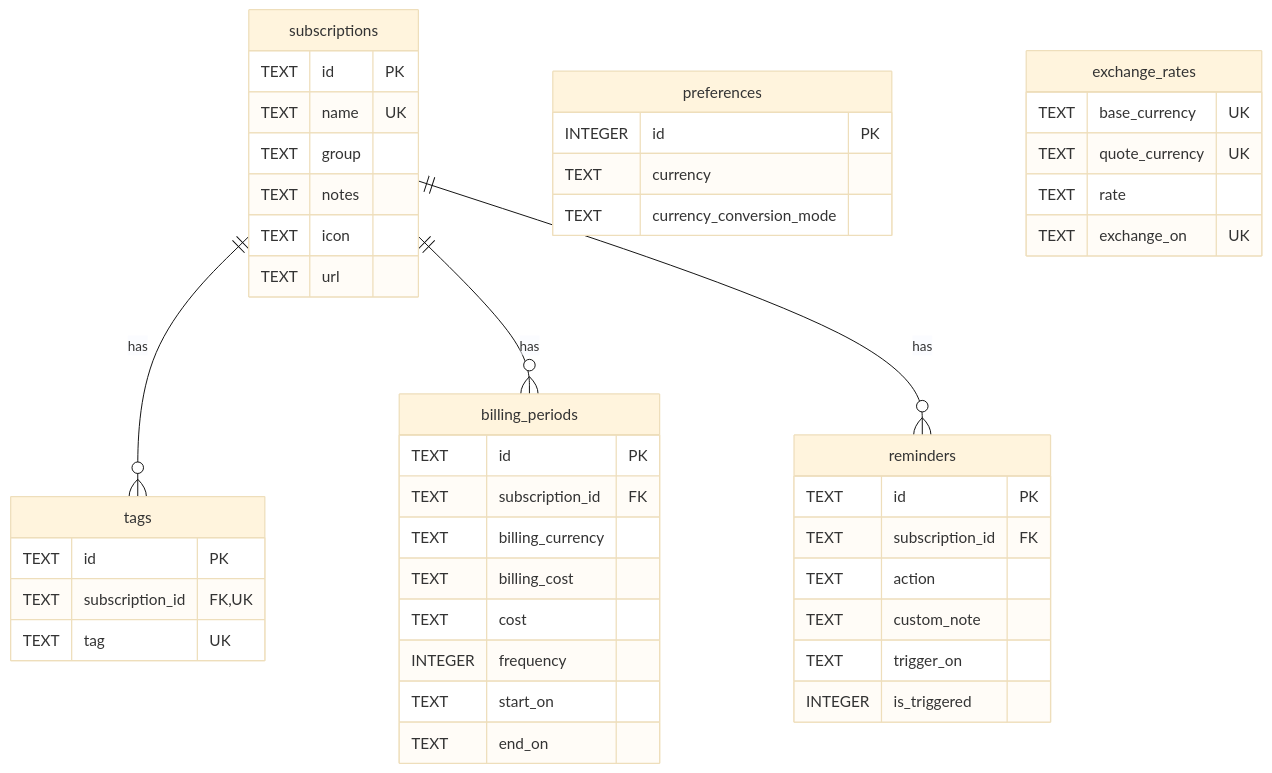
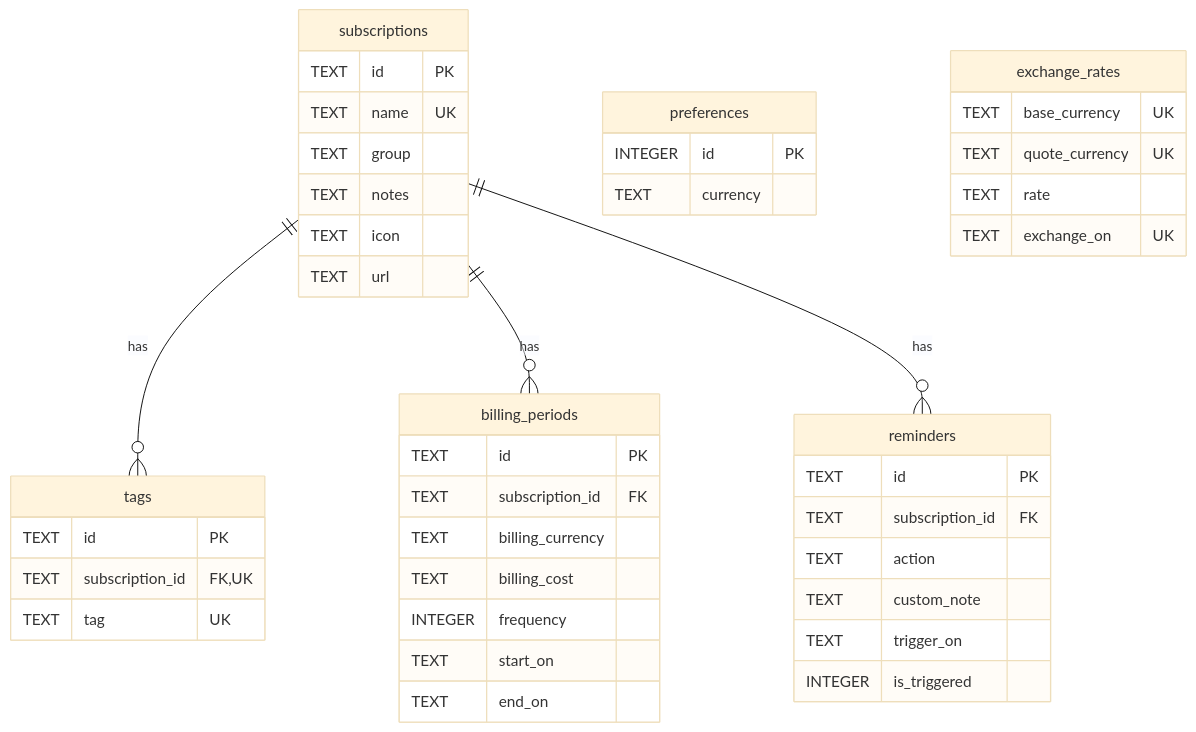
The diagram in docs/adr/20261018-db-schema.md (skarabasakis/subtill), drawn with Mermaid (base theme) before and after one commit. The commit also changed other lines of this file and 20 other files, not shown here.

Commit message:
Drop approximate currency conversion

````diff
--- a/docs/adr/20261018-db-schema.md
+++ b/docs/adr/20261018-db-schema.md
@@ -19,48 +19,46 @@
 ```mermaid
 erDiagram
   subscriptions {
     TEXT id PK
     TEXT name UK
     TEXT group
     TEXT notes
     TEXT icon
     TEXT url
   }
   tags {
     TEXT id PK
     TEXT subscription_id FK, UK
     TEXT tag UK
   }
   billing_periods {
     TEXT id PK
     TEXT subscription_id FK
     TEXT billing_currency
     TEXT billing_cost
-    TEXT cost
     INTEGER frequency
     TEXT start_on
     TEXT end_on
   }
   reminders {
     TEXT id PK
     TEXT subscription_id FK
     TEXT action
     TEXT custom_note
     TEXT trigger_on
     INTEGER is_triggered
   }
   preferences {
     INTEGER id PK
     TEXT currency
-    TEXT currency_conversion_mode
   }
   exchange_rates {
     TEXT base_currency UK
     TEXT quote_currency UK
     TEXT rate
     TEXT exchange_on UK
   }
   subscriptions ||--o{ tags : has
   subscriptions ||--o{ billing_periods : has
   subscriptions ||--o{ reminders : has
 ```
````
